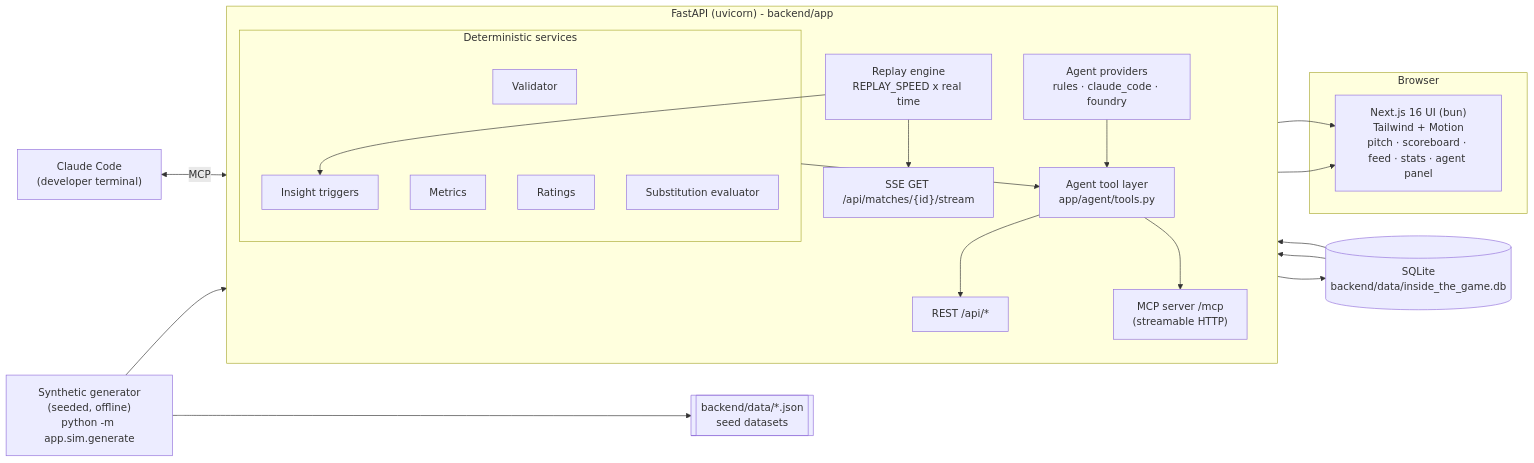
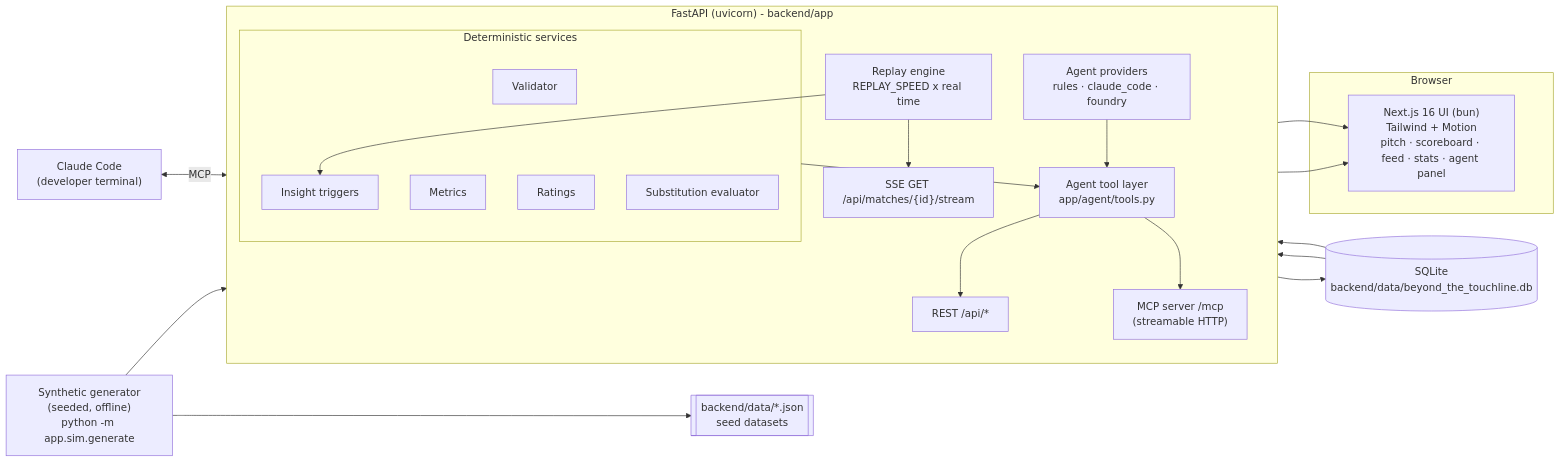
One commit to mattyjayt/beyond_the_touchline changed the first of 7 diagrams in docs/architecture.md. Above: the diagram before and after it, drawn with Mermaid. The commit also changed other lines of this file and 18 other files, not shown here.

First line of the commit message:
Rename project to Beyond the Touchline

````diff
--- a/docs/architecture.md
+++ b/docs/architecture.md
@@ -32,39 +32,39 @@
 ```mermaid
 flowchart LR
   subgraph Browser["Browser"]
     UI["Next.js 16 UI (bun)<br/>Tailwind + Motion<br/>pitch · scoreboard · feed · stats · agent panel"]
   end
 
   subgraph API["FastAPI (uvicorn) - backend/app"]
     direction TB
     REST["REST /api/*"]
     SSE["SSE GET /api/matches/{id}/stream"]
     MCP["MCP server /mcp<br/>(streamable HTTP)"]
     REPLAY["Replay engine<br/>REPLAY_SPEED x real time"]
     subgraph SVC["Deterministic services"]
       VAL["Validator"]
       MET["Metrics"]
       RAT["Ratings"]
       TRG["Insight triggers"]
       SUB["Substitution evaluator"]
     end
     TOOLS["Agent tool layer<br/>app/agent/tools.py"]
     PROV["Agent providers<br/>rules · claude_code · foundry"]
   end
 
   GEN["Synthetic generator<br/>(seeded, offline)<br/>python -m app.sim.generate"]
-  DB[("SQLite<br/>backend/data/inside_the_game.db")]
+  DB[("SQLite<br/>backend/data/beyond_the_touchline.db")]
   FILES[["backend/data/*.json<br/>seed datasets"]]
   CC["Claude Code<br/>(developer terminal)"]
 
   GEN --> VAL --> DB
   GEN --> FILES
   DB --> REPLAY --> SSE --> UI
   REPLAY --> TRG
   DB --> SVC
   SVC --> TOOLS
   TOOLS --> REST --> UI
   TOOLS --> MCP
   PROV --> TOOLS
   CC <-->|MCP| MCP
 ```
````
